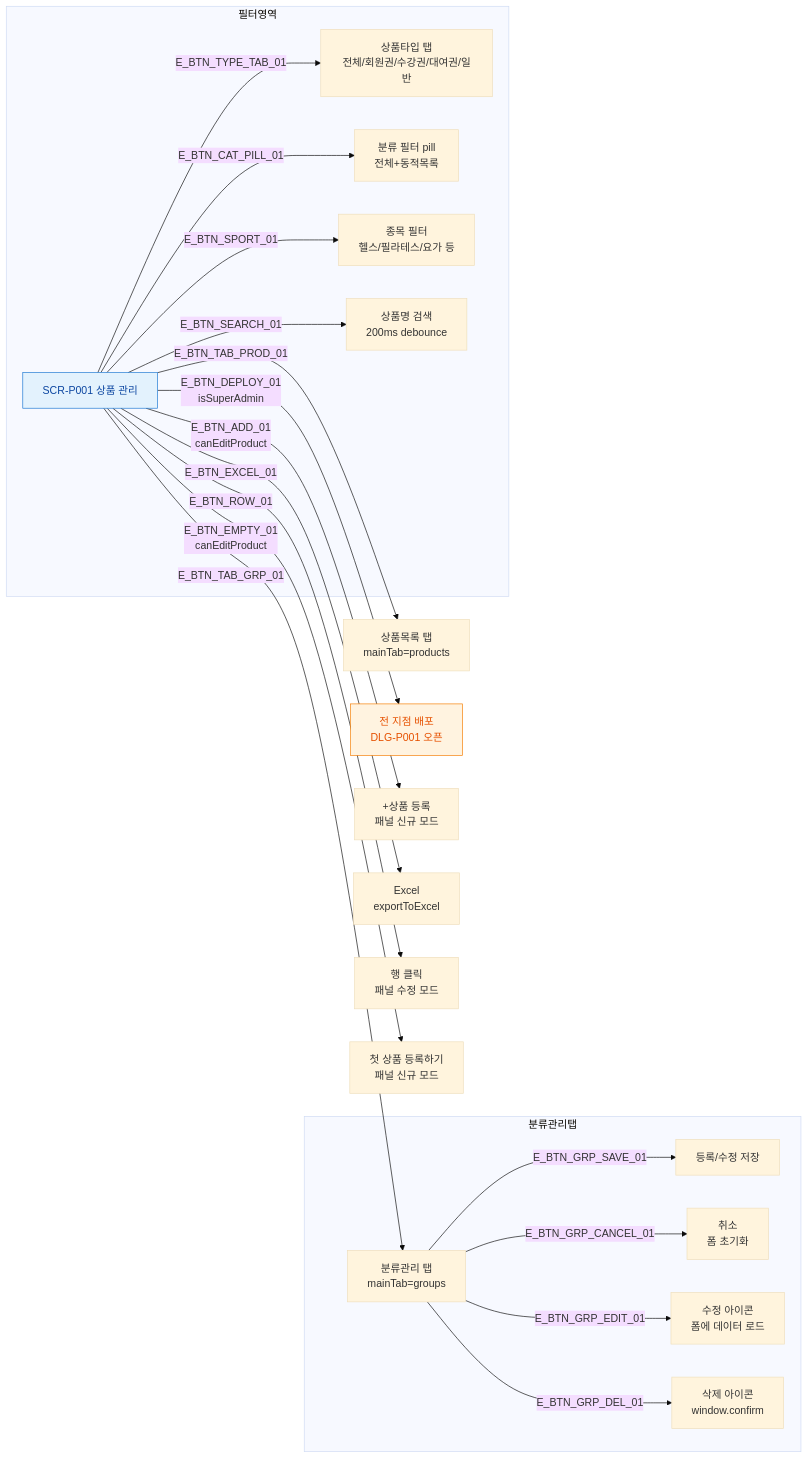
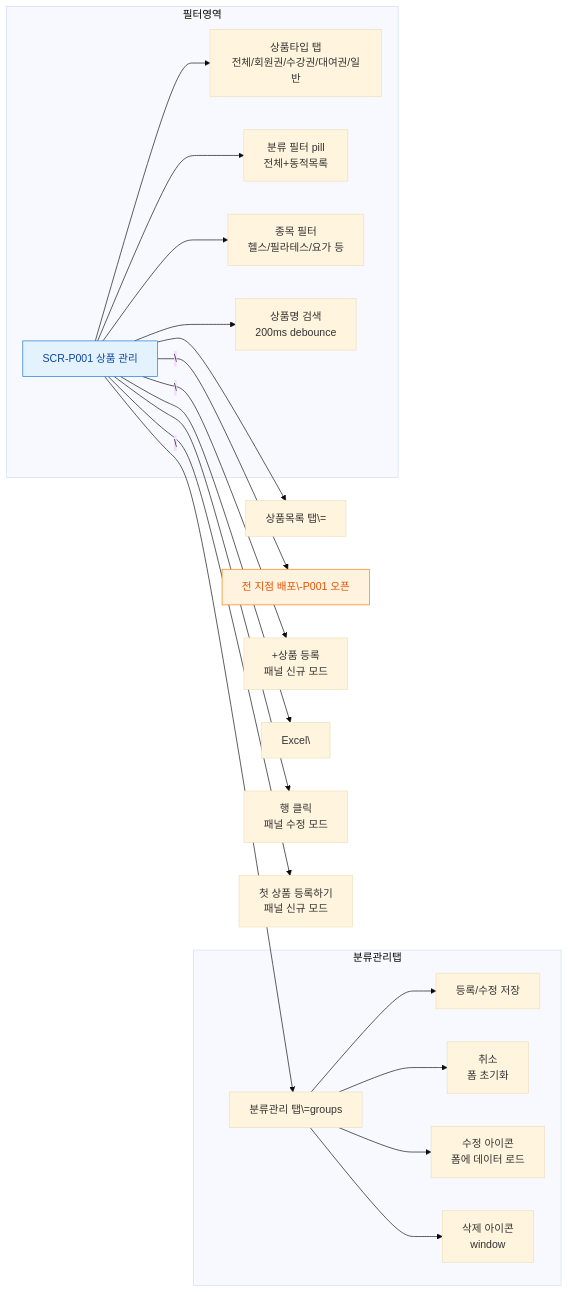
One commit to dev-spogym/admin-pando changed the diagram in docs/다이어그램/D05_상품관리/SCR-P001_상품관리/F3_버튼액션.md. Above: the diagram before and after it, drawn with Mermaid (base theme). The commit also changed other lines of this file and 1660 other files, not shown here.

First line of the commit message:
다이어그램: 기획자/클라이언트 납품본으로 정리

````diff
--- a/docs/다이어그램/D05_상품관리/SCR-P001_상품관리/F3_버튼액션.md
+++ b/docs/다이어그램/D05_상품관리/SCR-P001_상품관리/F3_버튼액션.md
@@ -19,32 +17,32 @@
 ```mermaid
 flowchart LR
     SCR_P001[SCR-P001 상품 관리]
 
-    SCR_P001 -->|E_BTN_TAB_PROD_01| TAB_PROD[상품목록 탭\nmainTab=products]
-    SCR_P001 -->|E_BTN_TAB_GRP_01| TAB_GRP[분류관리 탭\nmainTab=groups]
-    SCR_P001 -->|E_BTN_DEPLOY_01\nisSuperAdmin| BTN_DEPLOY[전 지점 배포\nDLG-P001 오픈]
-    SCR_P001 -->|E_BTN_ADD_01\ncanEditProduct| BTN_ADD[+상품 등록\n패널 신규 모드]
-    SCR_P001 -->|E_BTN_EXCEL_01| BTN_EXCEL[Excel\nexportToExcel]
-    SCR_P001 -->|E_BTN_ROW_01| BTN_ROW[행 클릭\n패널 수정 모드]
-    SCR_P001 -->|E_BTN_EMPTY_01\ncanEditProduct| BTN_EMPTY[첫 상품 등록하기\n패널 신규 모드]
+    SCR_P001 --> TAB_PROD[상품목록 탭\=]
+    SCR_P001 --> TAB_GRP[분류관리 탭\=groups]
+    SCR_P001 -->|\|BTN_DEPLOY[전 지점 배포\-P001 오픈]
+    SCR_P001 -->|\|BTN_ADD[+상품 등록\n패널 신규 모드]
+    SCR_P001 --> BTN_EXCEL[Excel\]
+    SCR_P001 --> BTN_ROW[행 클릭\n패널 수정 모드]
+    SCR_P001 -->|\|BTN_EMPTY[첫 상품 등록하기\n패널 신규 모드]
 
     subgraph 분류관리탭
-        TAB_GRP -->|E_BTN_GRP_SAVE_01| GRP_SAVE[등록/수정 저장]
-        TAB_GRP -->|E_BTN_GRP_CANCEL_01| GRP_CANCEL[취소\n폼 초기화]
-        TAB_GRP -->|E_BTN_GRP_EDIT_01| GRP_EDIT[수정 아이콘\n폼에 데이터 로드]
-        TAB_GRP -->|E_BTN_GRP_DEL_01| GRP_DEL[삭제 아이콘\nwindow.confirm]
+        TAB_GRP --> GRP_SAVE[등록/수정 저장]
+        TAB_GRP --> GRP_CANCEL[취소\n폼 초기화]
+        TAB_GRP --> GRP_EDIT[수정 아이콘\n폼에 데이터 로드]
+        TAB_GRP --> GRP_DEL[삭제 아이콘\nwindow]
     end
 
     subgraph 필터영역
-        SCR_P001 -->|E_BTN_TYPE_TAB_01| TYPE_TAB[상품타입 탭\n전체/회원권/수강권/대여권/일반]
-        SCR_P001 -->|E_BTN_CAT_PILL_01| CAT_PILL[분류 필터 pill\n전체+동적목록]
-        SCR_P001 -->|E_BTN_SPORT_01| SPORT_BTN[종목 필터\n헬스/필라테스/요가 등]
-        SCR_P001 -->|E_BTN_SEARCH_01| SEARCH_INPUT[상품명 검색\n200ms debounce]
+        SCR_P001 --> TYPE_TAB[상품타입 탭\n전체/회원권/수강권/대여권/일반]
+        SCR_P001 --> CAT_PILL[분류 필터 pill\n전체+동적목록]
+        SCR_P001 --> SPORT_BTN[종목 필터\n헬스/필라테스/요가 등]
+        SCR_P001 --> SEARCH_INPUT[상품명 검색\n200ms debounce]
     end
 
     classDef screen fill:#E3F2FD,stroke:#1976D2,color:#0D47A1
     classDef modal fill:#FFF3E0,stroke:#F57C00,color:#E65100
     classDef system fill:#EDE7F6,stroke:#5E35B2
     class SCR_P001 screen
     class BTN_DEPLOY modal
 ```
````
